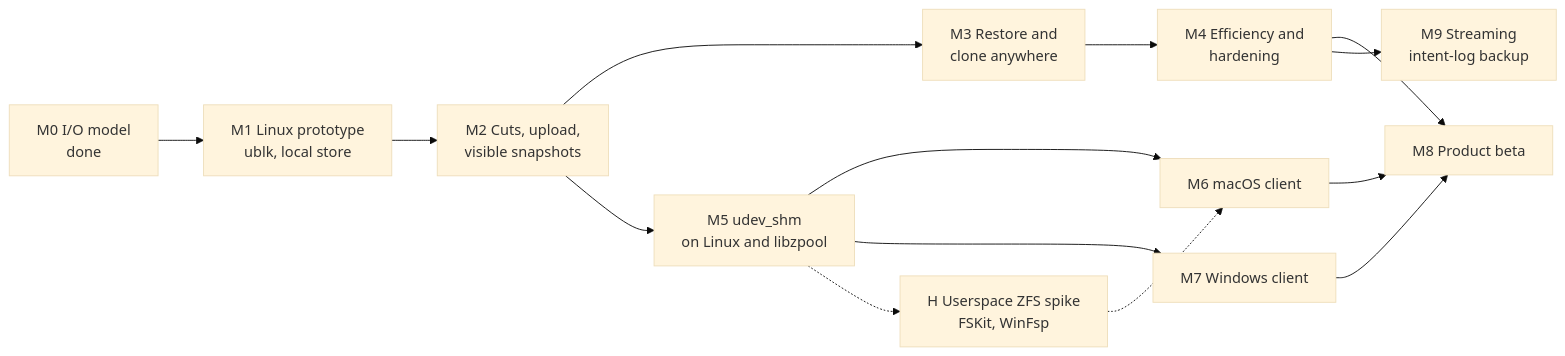
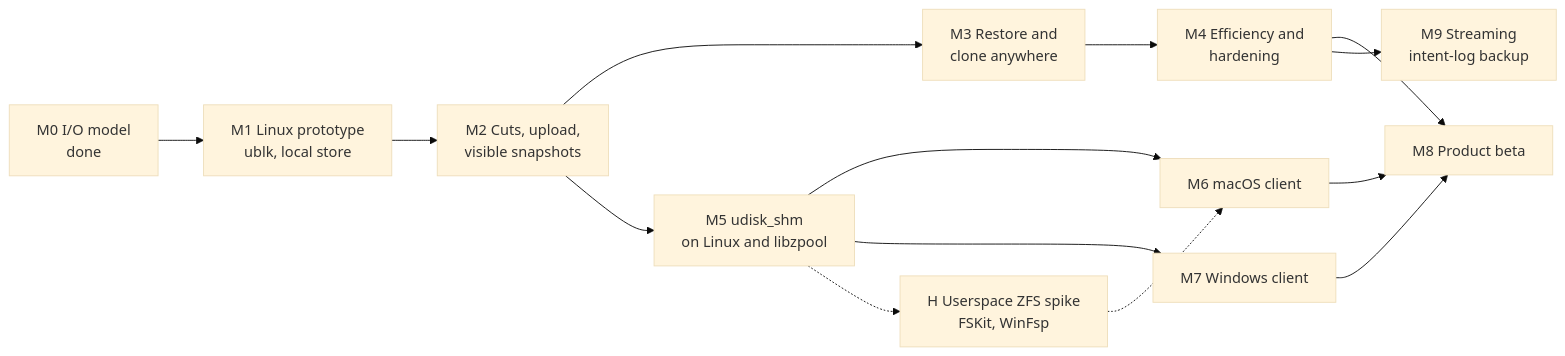
The fifth of 5 diagrams in docs/skyzfs-design.md (skyzfs/skyzfs), drawn with Mermaid (base theme) before and after one commit. The commit also changed other lines of this file, not shown here.

First line of the commit message:
design: the shared-memory frontend is called udisk_shm

````diff
--- a/docs/skyzfs-design.md
+++ b/docs/skyzfs-design.md
@@ -394,16 +394,16 @@
 ```mermaid
 flowchart LR
   M0["M0 I/O model<br/>done"] --> M1["M1 Linux prototype<br/>ublk, local store"]
   M1 --> M2["M2 Cuts, upload,<br/>visible snapshots"]
   M2 --> M3["M3 Restore and<br/>clone anywhere"]
   M3 --> M4["M4 Efficiency and<br/>hardening"]
-  M2 --> M5["M5 udev_shm<br/>on Linux and libzpool"]
+  M2 --> M5["M5 udisk_shm<br/>on Linux and libzpool"]
   M5 --> M6["M6 macOS client"]
   M5 --> M7["M7 Windows client"]
   M4 --> M8["M8 Product beta"]
   M4 --> M9["M9 Streaming<br/>intent-log backup"]
   M6 --> M8
   M7 --> M8
   M5 -.-> H["H Userspace ZFS spike<br/>FSKit, WinFsp"]
   H -.-> M6
 ```
````
